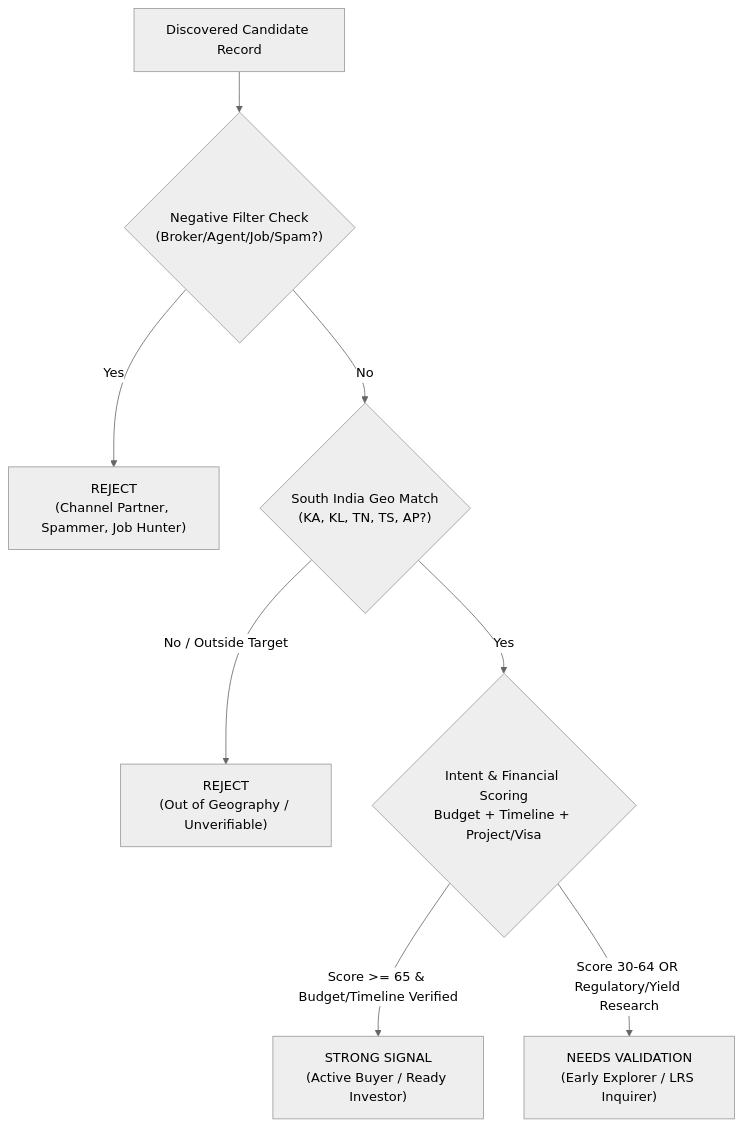
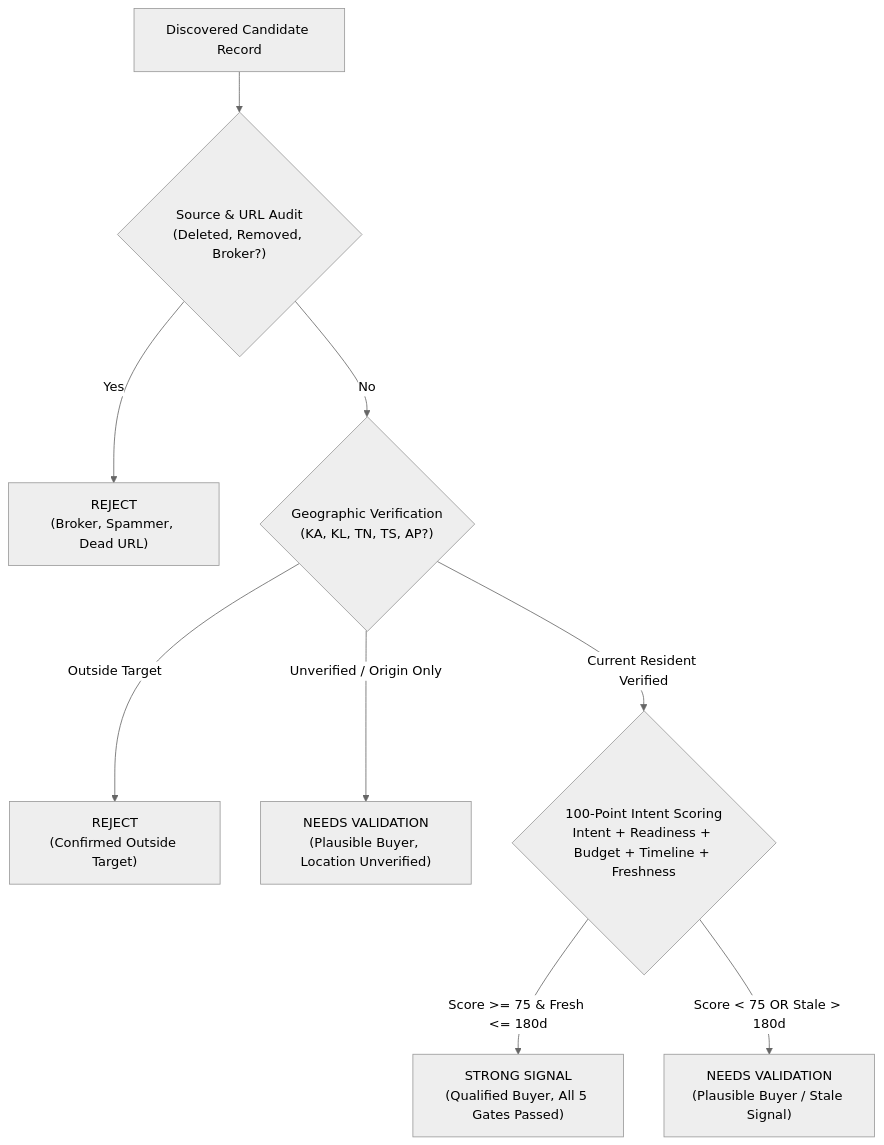
Before and after one commit to creeping-vampires/lead-discovery: the diagram in docs/methodology_and_report.md, drawn with Mermaid (neutral theme). The commit also changed other lines of this file and 18 other files, not shown here.

````diff
--- a/docs/methodology_and_report.md
+++ b/docs/methodology_and_report.md
@@ -32,10 +33,11 @@
 ```mermaid
 flowchart TD
-    Candidate["Discovered Candidate Record"] --> Filter{"Negative Filter Check<br/>(Broker/Agent/Job/Spam?)"}
-    Filter -->|Yes| Reject["REJECT<br/>(Channel Partner, Spammer, Job Hunter)"]
-    Filter -->|No| GeoCheck{"South India Geo Match<br/>(KA, KL, TN, TS, AP?)"}
-    GeoCheck -->|No / Outside Target| Reject2["REJECT<br/>(Out of Geography / Unverifiable)"]
-    GeoCheck -->|Yes| IntentScore{"Intent & Financial Scoring<br/>Budget + Timeline + Project/Visa"}
-    IntentScore -->|Score >= 65 & Budget/Timeline Verified| Strong["STRONG SIGNAL<br/>(Active Buyer / Ready Investor)"]
-    IntentScore -->|Score 30-64 OR Regulatory/Yield Research| NeedsVal["NEEDS VALIDATION<br/>(Early Explorer / LRS Inquirer)"]
+    Candidate["Discovered Candidate Record"] --> Filter{"Source & URL Audit<br/>(Deleted, Removed, Broker?)"}
+    Filter -->|Yes| Reject["REJECT<br/>(Broker, Spammer, Dead URL)"]
+    Filter -->|No| GeoCheck{"Geographic Verification<br/>(KA, KL, TN, TS, AP?)"}
+    GeoCheck -->|Outside Target| Reject2["REJECT<br/>(Confirmed Outside Target)"]
+    GeoCheck -->|Unverified / Origin Only| NeedsVal1["NEEDS VALIDATION<br/>(Plausible Buyer, Location Unverified)"]
+    GeoCheck -->|Current Resident Verified| ScoreGate{"100-Point Intent Scoring<br/>Intent + Readiness + Budget + Timeline + Freshness"}
+    ScoreGate -->|Score >= 75 & Fresh <= 180d| Strong["STRONG SIGNAL<br/>(Qualified Buyer, All 5 Gates Passed)"]
+    ScoreGate -->|Score < 75 OR Stale > 180d| NeedsVal2["NEEDS VALIDATION<br/>(Plausible Buyer / Stale Signal)"]
 ```
````
